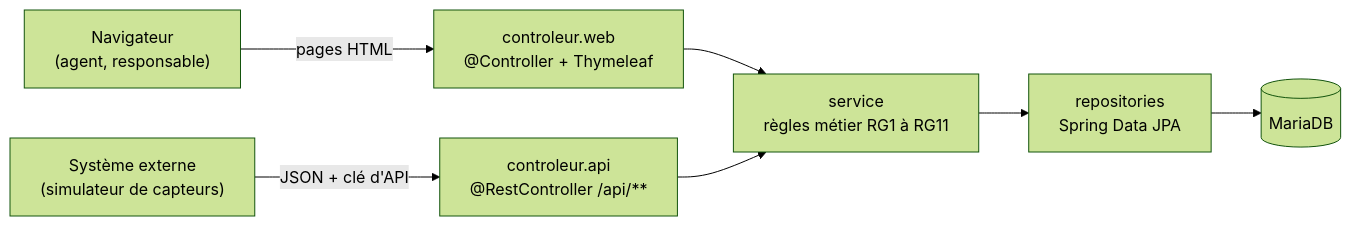
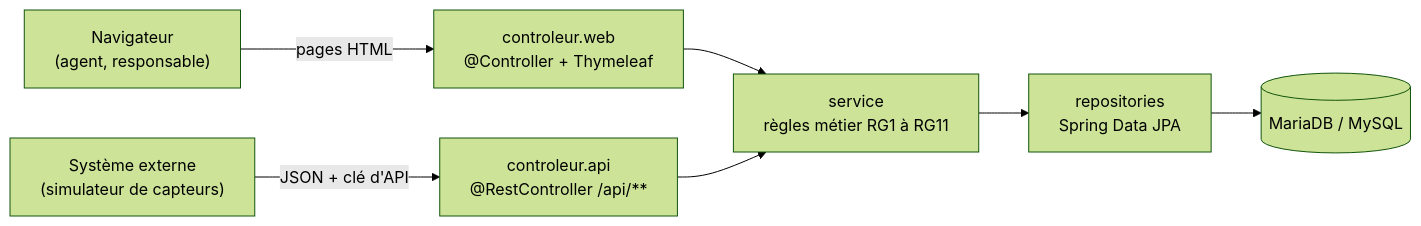
One commit to ibrahimghellab/Downlyzer changed the first of 2 diagrams in journal.md. Above: the diagram before and after it, drawn with Mermaid (forest theme). The commit also changed other lines of this file and 28 other files, not shown here.

````diff
--- a/journal.md
+++ b/journal.md
@@ -117,9 +117,9 @@
 ```mermaid
 flowchart LR
     Navigateur["Navigateur<br/>(agent, responsable)"] -->|pages HTML| Web["controleur.web<br/>@Controller + Thymeleaf"]
     Externe["Système externe<br/>(simulateur de capteurs)"] -->|JSON + clé d'API| Api["controleur.api<br/>@RestController /api/**"]
     Web --> Service["service<br/>règles métier RG1 à RG11"]
     Api --> Service
     Service --> Repository["repositories<br/>Spring Data JPA"]
-    Repository --> BDD[("MariaDB")]
+    Repository --> BDD[("MariaDB / MySQL")]
 ```
````
